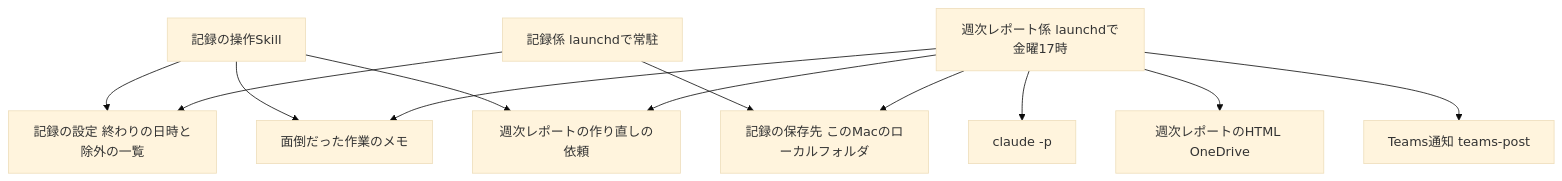
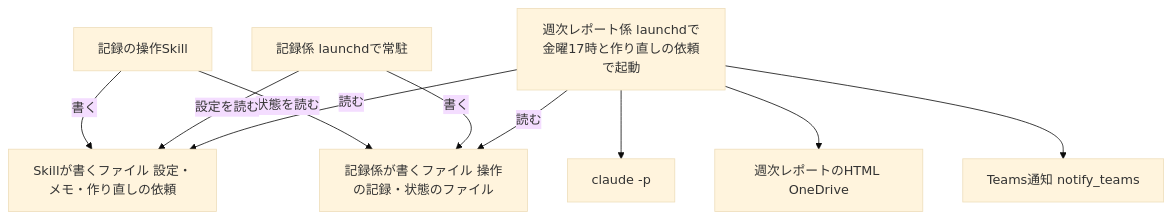
The second of 2 diagrams in apps/routine-work-finder/specs/architecture.md (dnode-ryosuke-yamazaki/study), drawn with Mermaid (base theme) before and after one commit. The commit also changed other lines of this file and 9 other files, not shown here.

````diff
--- a/apps/routine-work-finder/specs/architecture.md
+++ b/apps/routine-work-finder/specs/architecture.md
@@ -32,24 +32,20 @@
 ```mermaid
 flowchart TB
     skill["記録の操作Skill"]
-    config["記録の設定 終わりの日時と除外の一覧"]
-    memo["面倒だった作業のメモ"]
-    request["週次レポートの作り直しの依頼"]
+    inputs["Skillが書くファイル 設定・メモ・作り直しの依頼"]
+    records["記録係が書くファイル 操作の記録・状態のファイル"]
     recorder["記録係 launchdで常駐"]
-    store["記録の保存先 このMacのローカルフォルダ"]
-    reporter["週次レポート係 launchdで金曜17時"]
+    reporter["週次レポート係 launchdで金曜17時と作り直しの依頼で起動"]
     claude["claude -p"]
     html["週次レポートのHTML OneDrive"]
-    notify["Teams通知 teams-post"]
-    skill --> config
-    skill --> memo
-    skill --> request
-    recorder --> config
-    recorder --> store
-    reporter --> store
-    reporter --> memo
-    reporter --> request
+    notify["Teams通知 notify_teams"]
+    skill -->|"書く"| inputs
+    skill -->|"状態を読む"| records
+    recorder -->|"設定を読む"| inputs
+    recorder -->|"書く"| records
+    reporter -->|"読む"| inputs
+    reporter -->|"読む"| records
     reporter --> claude
     reporter --> html
     reporter --> notify
 ```
````
